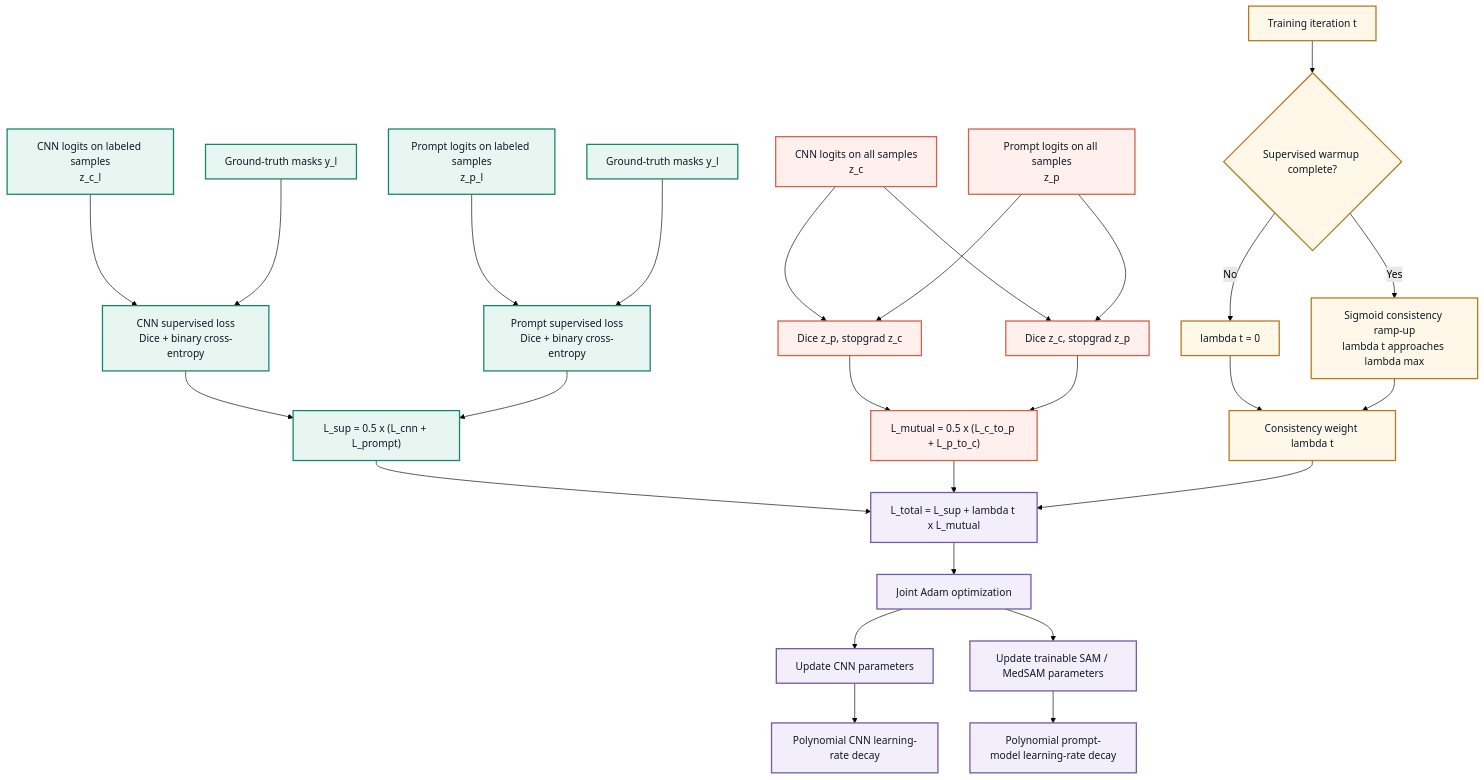
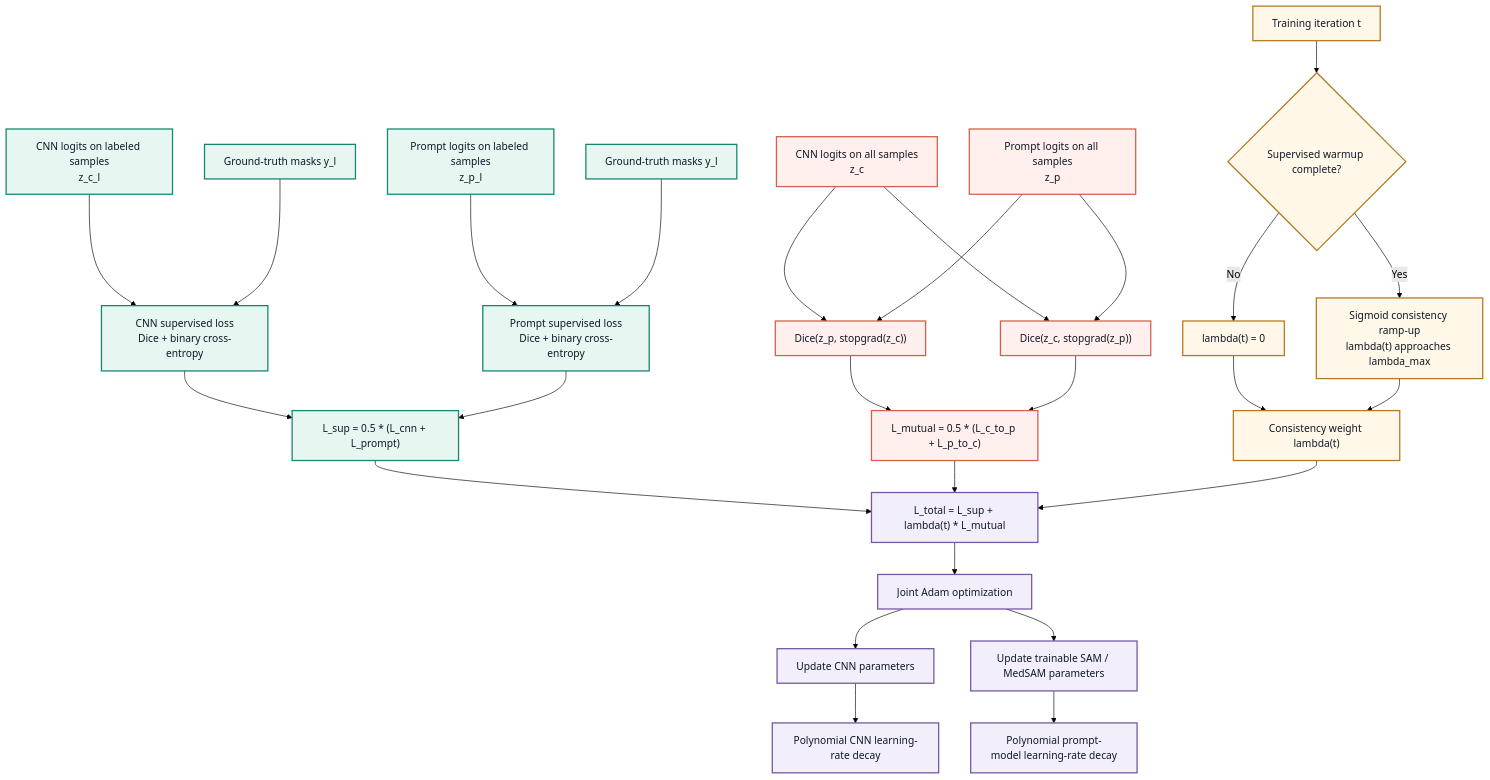
One commit to Hayyan-Arshad/Semi-Supervised_Intraretinal_Cyst_Segmentation_via_Mutual_Learning changed the third of 4 diagrams in docs/ARCHITECTURE.md. Above: the diagram before and after it, drawn with Mermaid (forest theme). The commit also changed other lines of this file, not shown here.

Commit message:
Refine scientific architecture presentation

````diff
--- a/docs/ARCHITECTURE.md
+++ b/docs/ARCHITECTURE.md
@@ -102,42 +118,42 @@
 ```mermaid
 flowchart TB
     ZCL["CNN logits on labeled samples<br/>z_c_l"] --> CNN_SUP["CNN supervised loss<br/>Dice + binary cross-entropy"]
     YL1["Ground-truth masks y_l"] --> CNN_SUP
 
     ZPL["Prompt logits on labeled samples<br/>z_p_l"] --> PROMPT_SUP["Prompt supervised loss<br/>Dice + binary cross-entropy"]
     YL2["Ground-truth masks y_l"] --> PROMPT_SUP
 
-    ZCA["CNN logits on all samples<br/>z_c"] --> C_TO_P["Dice z_p, stopgrad z_c"]
+    ZCA["CNN logits on all samples<br/>z_c"] --> C_TO_P["Dice(z_p, stopgrad(z_c))"]
     ZPA["Prompt logits on all samples<br/>z_p"] --> C_TO_P
-    ZCA --> P_TO_C["Dice z_c, stopgrad z_p"]
+    ZCA --> P_TO_C["Dice(z_c, stopgrad(z_p))"]
     ZPA --> P_TO_C
 
-    CNN_SUP --> LSUP["L_sup = 0.5 x (L_cnn + L_prompt)"]
+    CNN_SUP --> LSUP["L_sup = 0.5 * (L_cnn + L_prompt)"]
     PROMPT_SUP --> LSUP
-    C_TO_P --> LMUTUAL["L_mutual = 0.5 x (L_c_to_p + L_p_to_c)"]
+    C_TO_P --> LMUTUAL["L_mutual = 0.5 * (L_c_to_p + L_p_to_c)"]
     P_TO_C --> LMUTUAL
 
     ITER["Training iteration t"] --> WARMUP{"Supervised warmup complete?"}
-    WARMUP -->|No| ZERO["lambda t = 0"]
-    WARMUP -->|Yes| RAMP["Sigmoid consistency ramp-up<br/>lambda t approaches lambda max"]
-    ZERO --> WEIGHT["Consistency weight lambda t"]
+    WARMUP -->|No| ZERO["lambda(t) = 0"]
+    WARMUP -->|Yes| RAMP["Sigmoid consistency ramp-up<br/>lambda(t) approaches lambda_max"]
+    ZERO --> WEIGHT["Consistency weight lambda(t)"]
     RAMP --> WEIGHT
 
-    LSUP --> TOTAL["L_total = L_sup + lambda t x L_mutual"]
+    LSUP --> TOTAL["L_total = L_sup + lambda(t) * L_mutual"]
     LMUTUAL --> TOTAL
     WEIGHT --> TOTAL
     TOTAL --> ADAM["Joint Adam optimization"]
     ADAM --> CNN_UPDATE["Update CNN parameters"]
     ADAM --> PROMPT_UPDATE["Update trainable SAM / MedSAM parameters"]
     CNN_UPDATE --> POLY_CNN["Polynomial CNN learning-rate decay"]
     PROMPT_UPDATE --> POLY_PROMPT["Polynomial prompt-model learning-rate decay"]
 
     classDef supervised fill:#e7f6f1,stroke:#16866f,stroke-width:2px,color:#101828;
     classDef mutual fill:#fff0ed,stroke:#d65f4b,stroke-width:2px,color:#101828;
     classDef schedule fill:#fff8e8,stroke:#b7791f,stroke-width:2px,color:#101828;
     classDef optimize fill:#f3effa,stroke:#7557a6,stroke-width:2px,color:#101828;
     class ZCL,YL1,ZPL,YL2,CNN_SUP,PROMPT_SUP,LSUP supervised;
     class ZCA,ZPA,C_TO_P,P_TO_C,LMUTUAL mutual;
     class ITER,WARMUP,ZERO,RAMP,WEIGHT schedule;
     class TOTAL,ADAM,CNN_UPDATE,PROMPT_UPDATE,POLY_CNN,POLY_PROMPT optimize;
 ```
````
